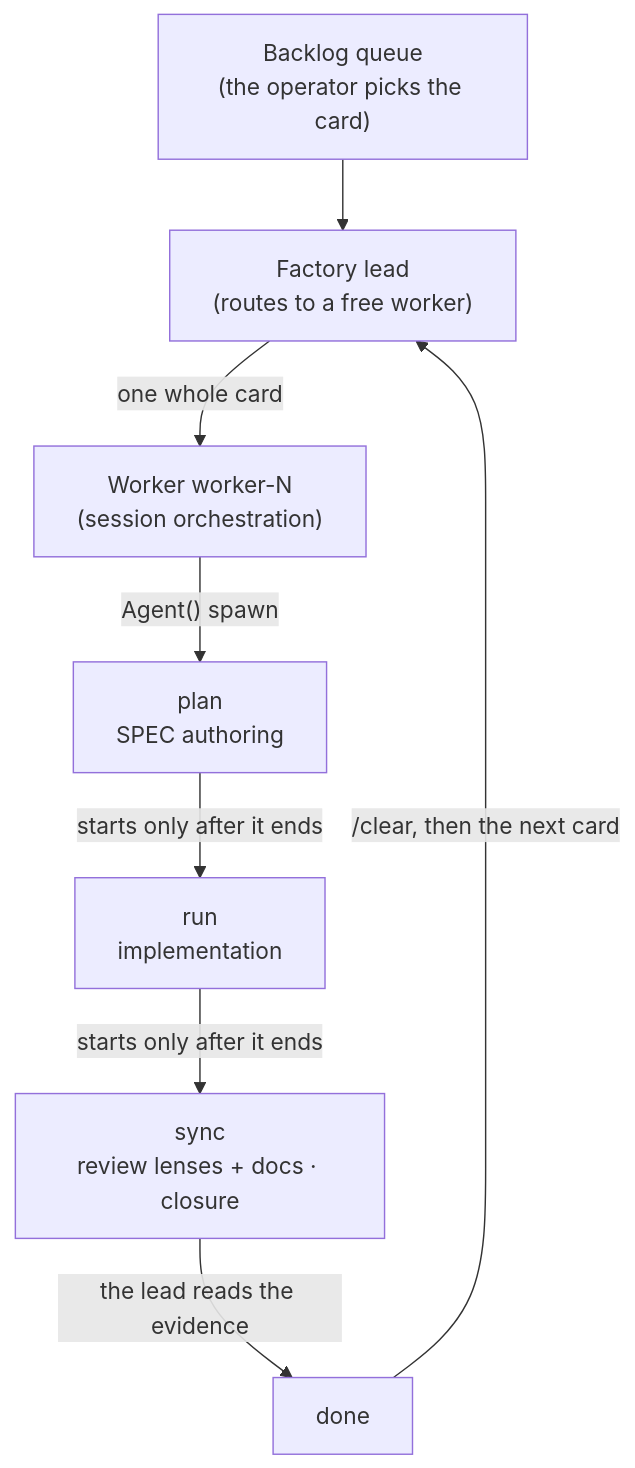
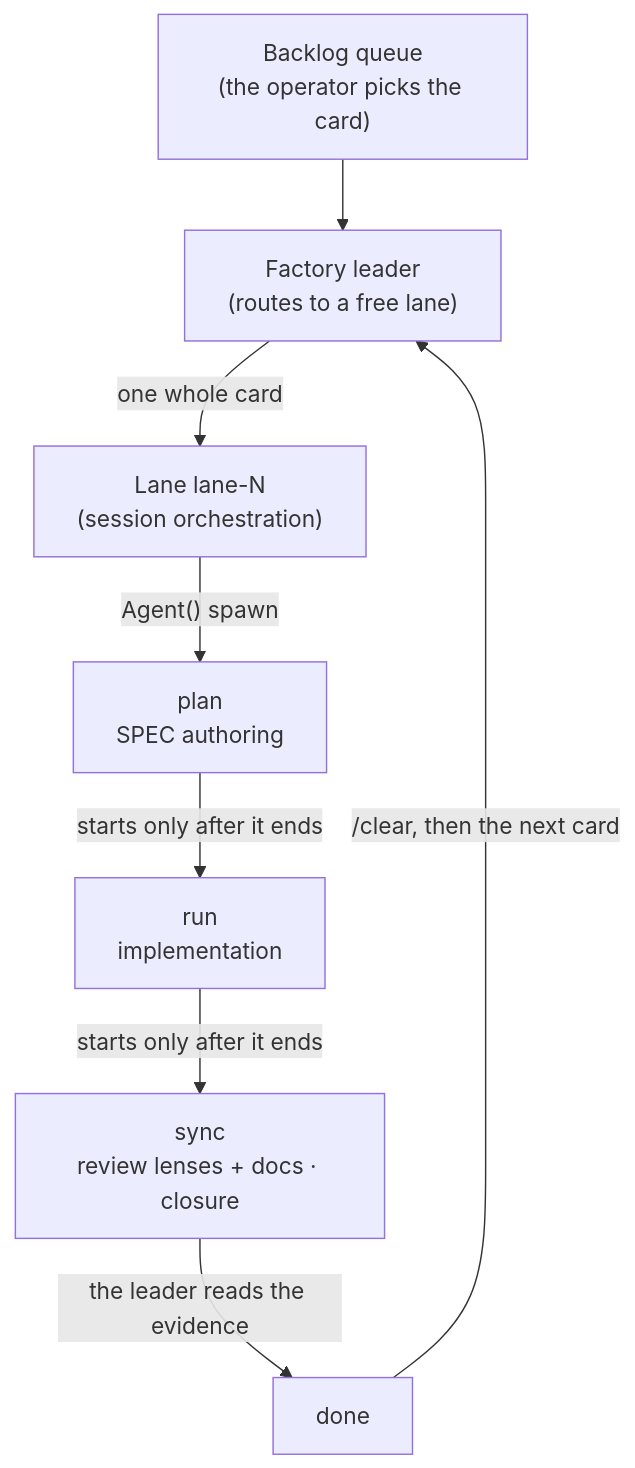
One commit to modu-ai/moai-adk changed the diagram in docs-site/content/en/advanced/factory-mode.md. Above: the diagram before and after it, drawn with Mermaid. The commit also changed other lines of this file and 17 other files, not shown here.

First line of the commit message:
docs(SPEC-ROLE-NAMING-DOCS-001): M6 checkpoint — docs-site 4-locale leader/lane sweep (partial)

````diff
--- a/docs-site/content/en/advanced/factory-mode.md
+++ b/docs-site/content/en/advanced/factory-mode.md
@@ -69,10 +69,10 @@
 ```mermaid
 flowchart TD
-    Queue["Backlog queue<br/>(the operator picks the card)"] --> Lead["Factory lead<br/>(routes to a free worker)"]
-    Lead -->|"one whole card"| Worker["Worker worker-N<br/>(session orchestration)"]
-    Worker -->|"Agent() spawn"| Plan["plan<br/>SPEC authoring"]
+    Queue["Backlog queue<br/>(the operator picks the card)"] --> Lead["Factory leader<br/>(routes to a free lane)"]
+    Lead -->|"one whole card"| Lane["Lane lane-N<br/>(session orchestration)"]
+    Lane -->|"Agent() spawn"| Plan["plan<br/>SPEC authoring"]
     Plan -->|"starts only after it ends"| Run["run<br/>implementation"]
     Run -->|"starts only after it ends"| Sync["sync<br/>review lenses + docs · closure"]
-    Sync -->|"the lead reads the evidence"| Done["done"]
+    Sync -->|"the leader reads the evidence"| Done["done"]
     Done -->|"/clear, then the next card"| Lead
 ```
````
